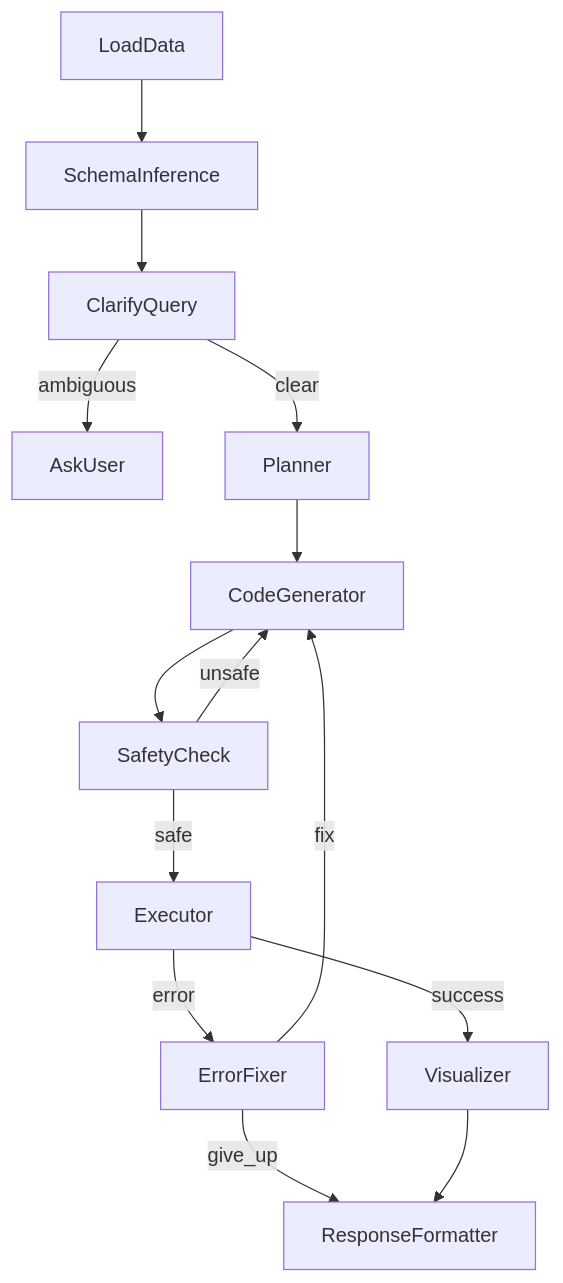
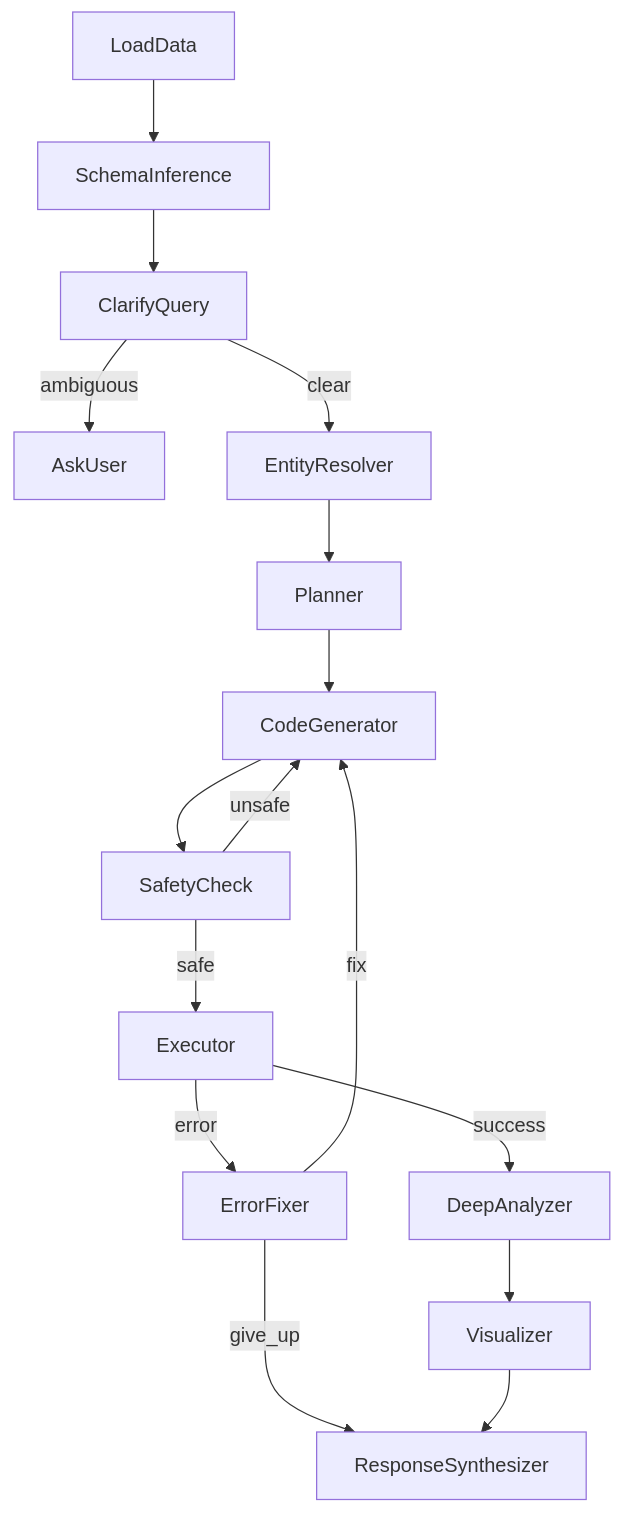
One commit to nickth3man/CSV_analyzer changed the diagram in docs/design.md. Above: the diagram before and after it, drawn with Mermaid. The commit also changed other lines of this file and 5 other files, not shown here.

First line of the commit message:
Add advanced entity resolution and deep analysis capabilities

````diff
--- a/docs/design.md
+++ b/docs/design.md
@@ -50,21 +61,23 @@
 ```mermaid
 flowchart TD
     load[LoadData] --> schema[SchemaInference]
     schema --> clarify[ClarifyQuery]
     
     clarify -->|ambiguous| askUser[AskUser]
-    clarify -->|clear| plan[Planner]
+    clarify -->|clear| entityRes[EntityResolver]
     
+    entityRes --> plan[Planner]
     plan --> codeGen[CodeGenerator]
     codeGen --> safety[SafetyCheck]
     
     safety -->|unsafe| codeGen
     safety -->|safe| executor[Executor]
     
     executor -->|error| fixer[ErrorFixer]
     fixer -->|fix| codeGen
-    fixer -->|give_up| formatter[ResponseFormatter]
-    executor -->|success| viz[Visualizer]
+    fixer -->|give_up| synthesizer[ResponseSynthesizer]
+    executor -->|success| deepAnalyzer[DeepAnalyzer]
     
-    viz --> formatter
+    deepAnalyzer --> viz[Visualizer]
+    viz --> synthesizer[ResponseSynthesizer]
 ```
````
